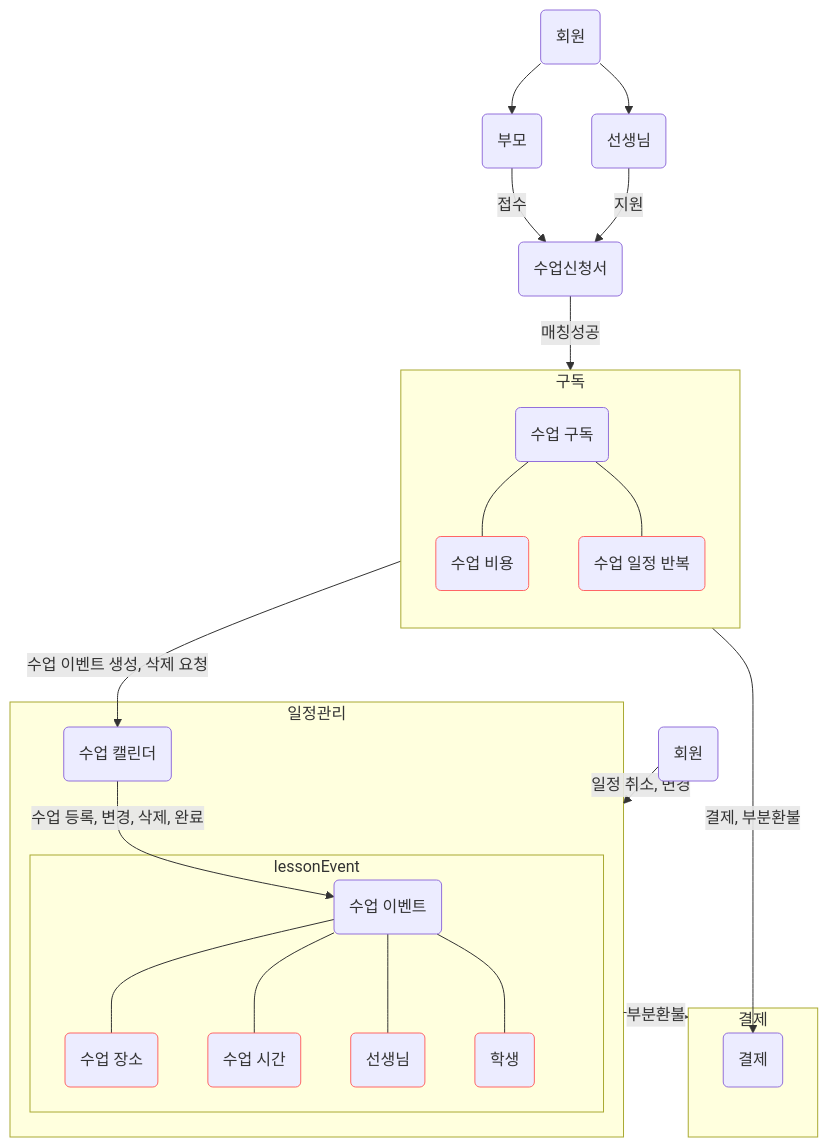
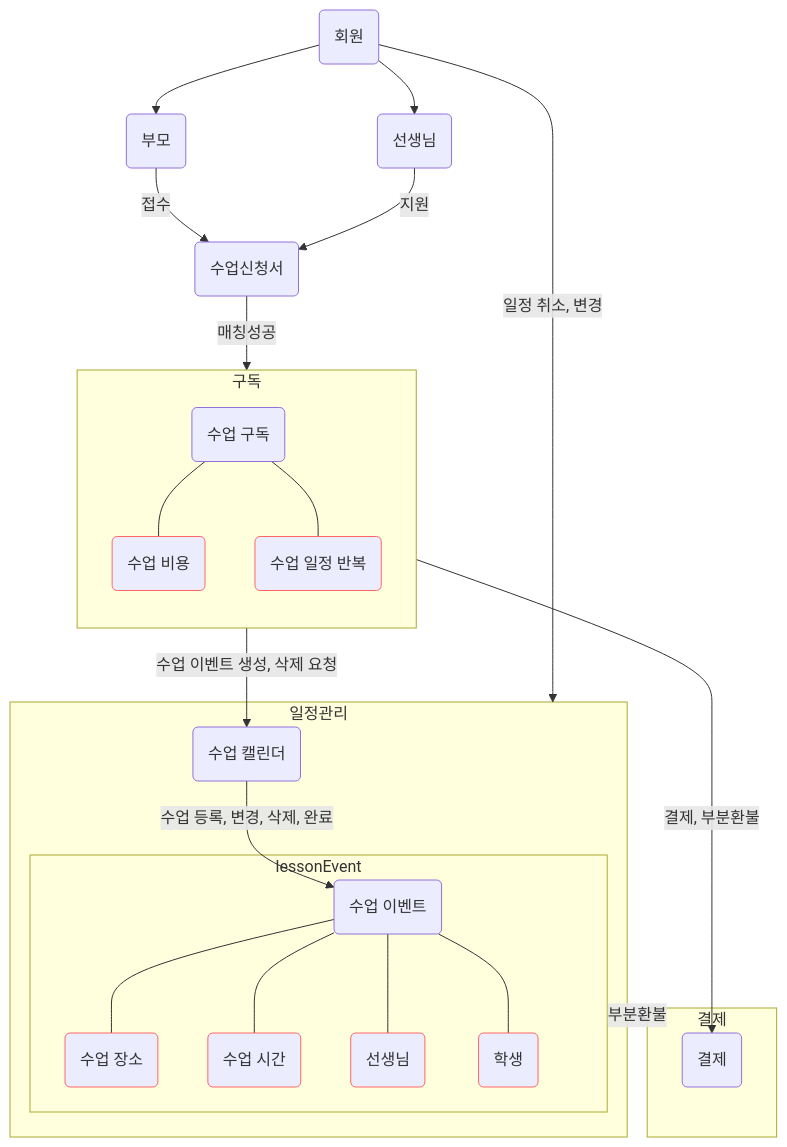
Before and after one commit to next-step/career-domain: the diagram in Domain/domainModel-example.md, drawn with Mermaid.

Commit message:
fix : 회원-일정관리

````diff
--- a/Domain/domainModel-example.md
+++ b/Domain/domainModel-example.md
@@ -3,66 +3,67 @@
 ```mermaid
 flowchart TD
 %% 회원
     Member(회원)
     Parent(부모)
     Teacher(선생님)
 
 %% 구독
     registration(수업신청서)
     subscription(수업 구독)
 
 %% 수업
     LessonEvent(수업 이벤트)
     LessonCalendar(수업 캘린더)
     LessonPlan(수업 비용)
     LessonPlace(수업 장소)
     LessonScheduleRecurring(수업 일정 반복)
     LessonPayment(결제)
     LessonTime(수업 시간)
 
 %% 회원의 신청서 접수
     Member --> Parent
     Member --> Teacher
     Parent -->|접수| registration
     Teacher -->|지원| registration
 
 %% 매칭 후 구독 생성
     registration -->|매칭성공| subscription
 
     subgraph 구독
         direction TB
         subscription --- LessonPlan
         subscription --- LessonScheduleRecurring
 
     %% style
         style LessonPlan stroke:#f66
         style LessonScheduleRecurring stroke:#f66
     end
 
     subgraph payment[결제]
         subscription -->|결제, 부분환불| LessonPayment
     end
 
     subgraph 일정관리
         subscription -->|수업 이벤트 생성, 삭제 요청| LessonCalendar
         LessonCalendar -->|수업 등록, 변경, 삭제, 완료| LessonEvent
         subgraph lessonEvent
             LessonEvent --- LessonPlace
             LessonEvent --- LessonTime
             LessonEvent --- LessonEventTeacher(선생님)
             LessonEvent --- LessonEventChild(학생)
 
         %% style
             style LessonPlace stroke:#f66
             style LessonTime stroke:#f66
             style LessonEventTeacher stroke:#f66
             style LessonEventChild stroke:#f66
         end
     end
 
 %% 회원의 일정 관리
-    member(회원) -->|일정 취소, 변경| 일정관리
+    Member -->|일정 취소, 변경| 일정관리
 %% 회원의 주문 클레임
     일정관리 -->|부분환불| payment
 
+
 ```
````
